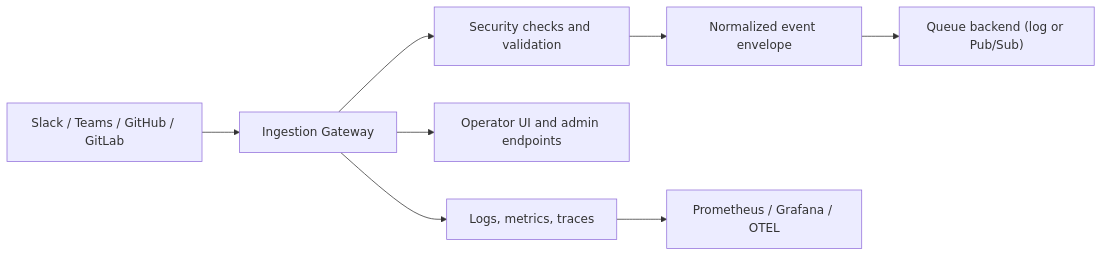
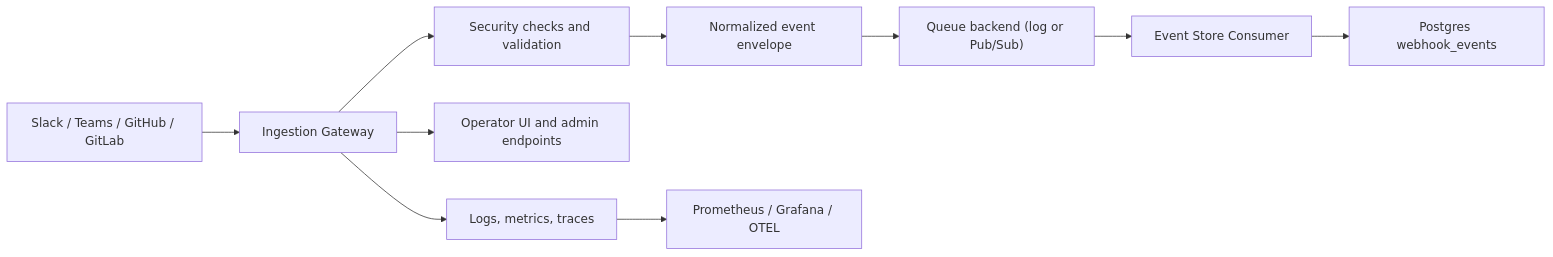
Before and after one commit to kill74/TeamPulseBridge: the diagram in README.md, drawn with Mermaid. The commit also changed other lines of this file and 16 other files, not shown here.

First line of the commit message:
Add Pub/Sub-to-Postgres event-store consumer

````diff
--- a/README.md
+++ b/README.md
@@ -42,10 +45,12 @@
 ```mermaid
 flowchart LR
   A["Slack / Teams / GitHub / GitLab"] --> B["Ingestion Gateway"]
   B --> C["Security checks and validation"]
   C --> D["Normalized event envelope"]
   D --> E["Queue backend (log or Pub/Sub)"]
+  E --> I["Event Store Consumer"]
+  I --> J["Postgres webhook_events"]
   B --> F["Operator UI and admin endpoints"]
   B --> G["Logs, metrics, traces"]
   G --> H["Prometheus / Grafana / OTEL"]
 ```
````
